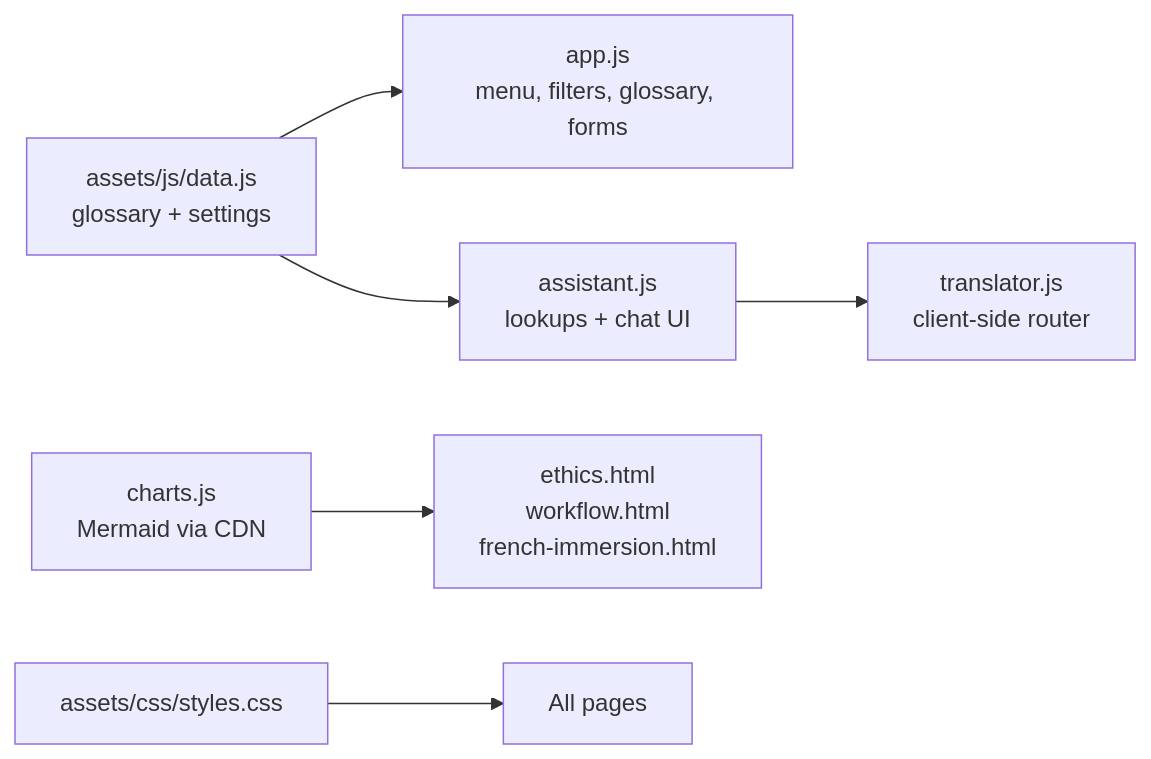
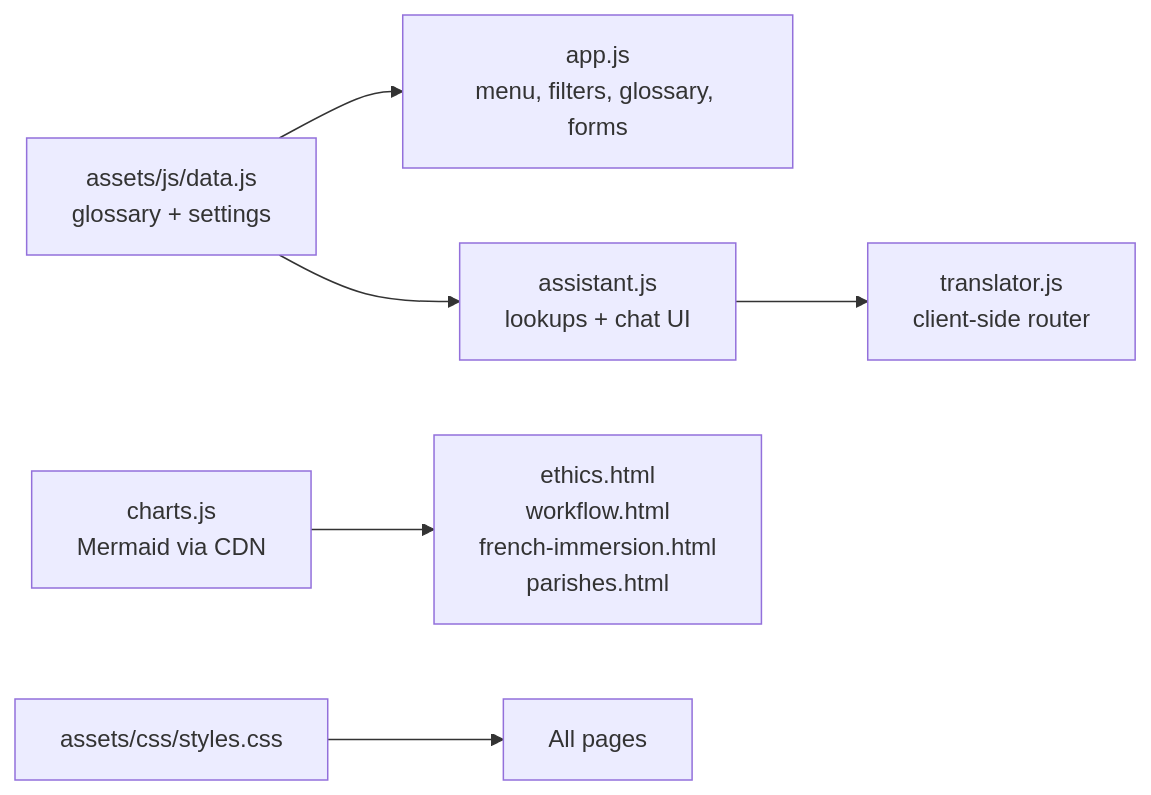
Before and after one commit to wbp318/LA-Interpreter-Hub-Website-fork: the second of 3 diagrams in README.md, drawn with Mermaid. The commit also changed other lines of this file and 10 other files, not shown here.

````diff
--- a/README.md
+++ b/README.md
@@ -55,8 +57,8 @@
 ```mermaid
 flowchart LR
 D["assets/js/data.js<br/>glossary + settings"] --> APP["app.js<br/>menu, filters, glossary, forms"]
 D --> AS["assistant.js<br/>lookups + chat UI"]
 AS --> TR["translator.js<br/>client-side router"]
-CH["charts.js<br/>Mermaid via CDN"] --> P["ethics.html<br/>workflow.html<br/>french-immersion.html"]
+CH["charts.js<br/>Mermaid via CDN"] --> P["ethics.html<br/>workflow.html<br/>french-immersion.html<br/>parishes.html"]
 ST["assets/css/styles.css"] --> ALL["All pages"]
 ```
````
